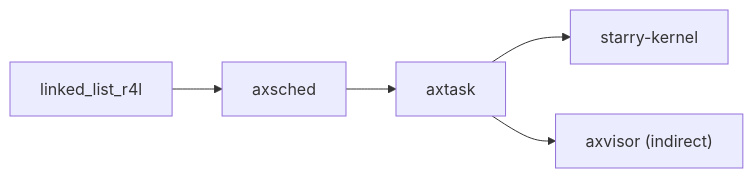
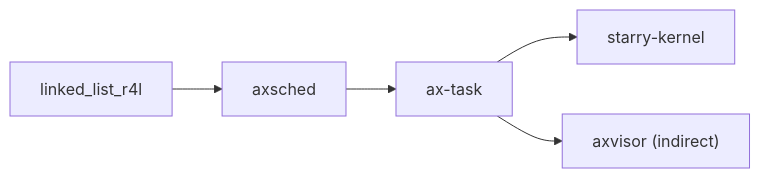
The diagram in docs/crates/axsched.md (zKurisu/tgoskits), drawn with Mermaid before and after one commit. The commit also changed other lines of this file and 133 other files, not shown here.

Commit message:
rename axtask to ax-task

````diff
--- a/docs/crates/axsched.md
+++ b/docs/crates/axsched.md
@@ -65,7 +65,7 @@
 ```mermaid
 graph LR
     linked_list["linked_list_r4l"] --> axsched["axsched"]
-    axsched --> axtask["axtask"]
-    axtask --> starry["starry-kernel"]
-    axtask --> axvisor["axvisor (indirect)"]
+    axsched --> ax-task["ax-task"]
+    ax-task --> starry["starry-kernel"]
+    ax-task --> axvisor["axvisor (indirect)"]
 ```
````
